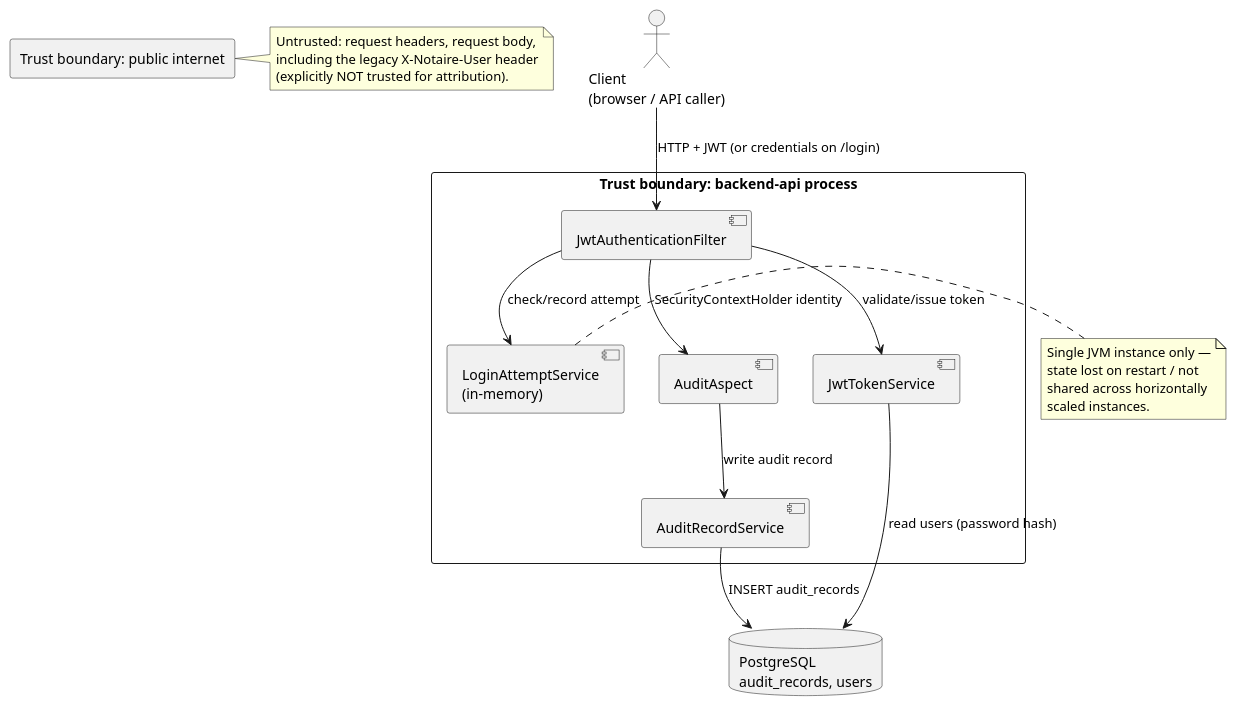
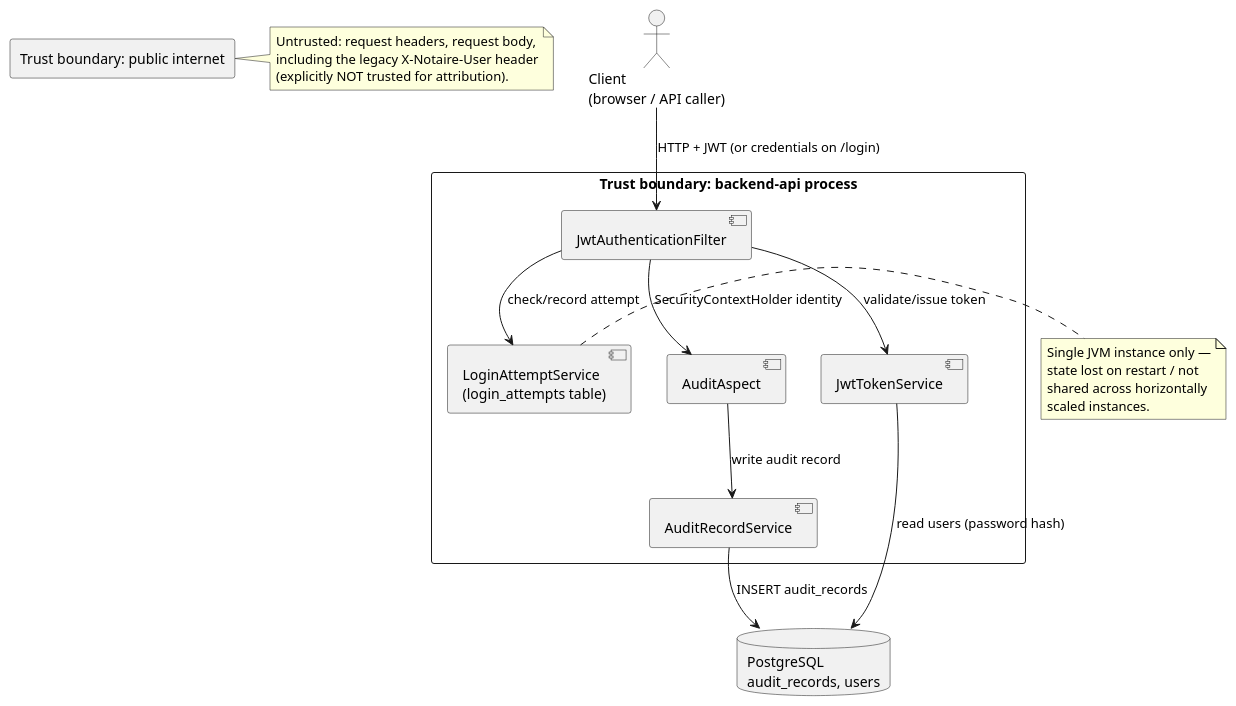
One commit to matiaspakua/notaire changed the diagram in docs/200-architecture/206-security/THREAT-MODEL-AUTH-AUDIT.md. Above: the diagram before and after it, drawn with PlantUML. The commit also changed other lines of this file and 261 other files, not shown here.

````diff
--- a/docs/200-architecture/206-security/THREAT-MODEL-AUTH-AUDIT.md
+++ b/docs/200-architecture/206-security/THREAT-MODEL-AUTH-AUDIT.md
@@ -19,36 +19,36 @@
 ```plantuml
 @startuml
 actor "Client\n(browser / API caller)" as Client
 rectangle "Trust boundary: public internet" as TB1 {
 }
 rectangle "Trust boundary: backend-api process" as TB2 {
   component "JwtAuthenticationFilter" as Filter
-  component "LoginAttemptService\n(in-memory)" as LoginAttempt
+  component "LoginAttemptService\n(login_attempts table)" as LoginAttempt
   component "JwtTokenService" as JwtService
   component "AuditAspect" as AuditAspect
   component "AuditRecordService" as AuditService
 }
 database "PostgreSQL\naudit_records, users" as DB
 
 Client --> Filter : HTTP + JWT (or credentials on /login)
 Filter --> LoginAttempt : check/record attempt
 Filter --> JwtService : validate/issue token
 Filter --> AuditAspect : SecurityContextHolder identity
 AuditAspect --> AuditService : write audit record
 AuditService --> DB : INSERT audit_records
 JwtService --> DB : read users (password hash)
 
 note right of TB1
   Untrusted: request headers, request body,
   including the legacy X-Notaire-User header
   (explicitly NOT trusted for attribution).
 end note
 
 note right of LoginAttempt
   Single JVM instance only —
   state lost on restart / not
   shared across horizontally
   scaled instances.
 end note
 @enduml
 ```
````
